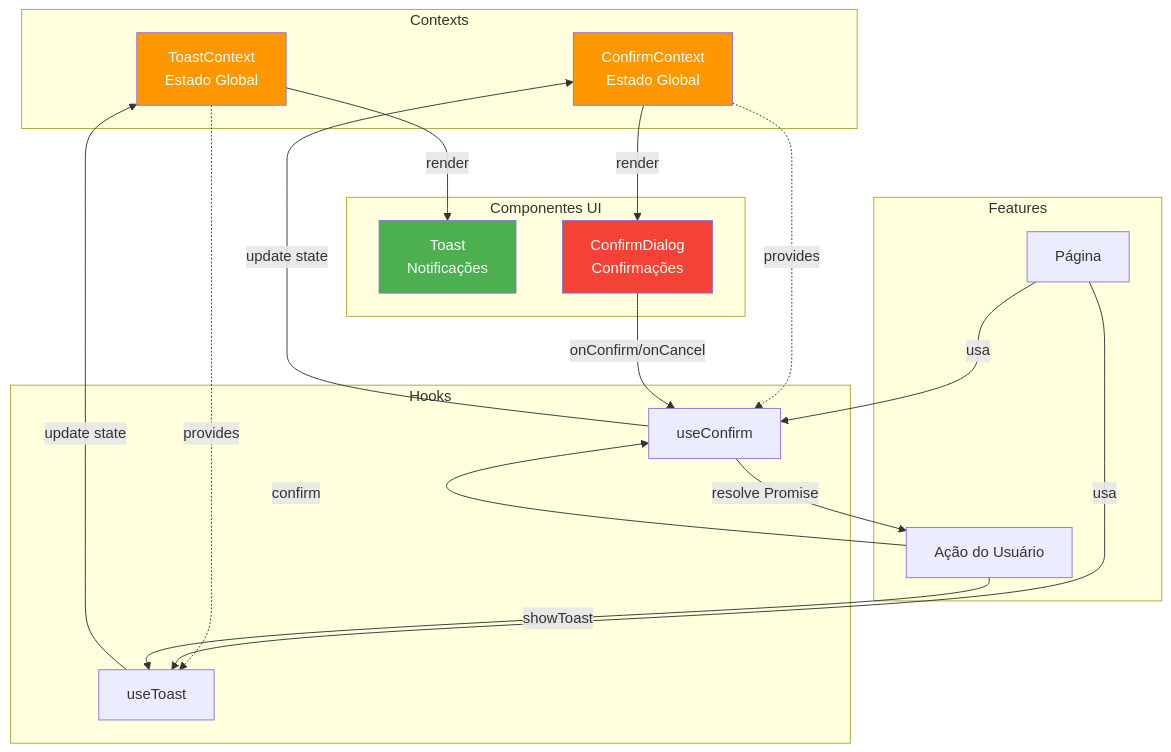
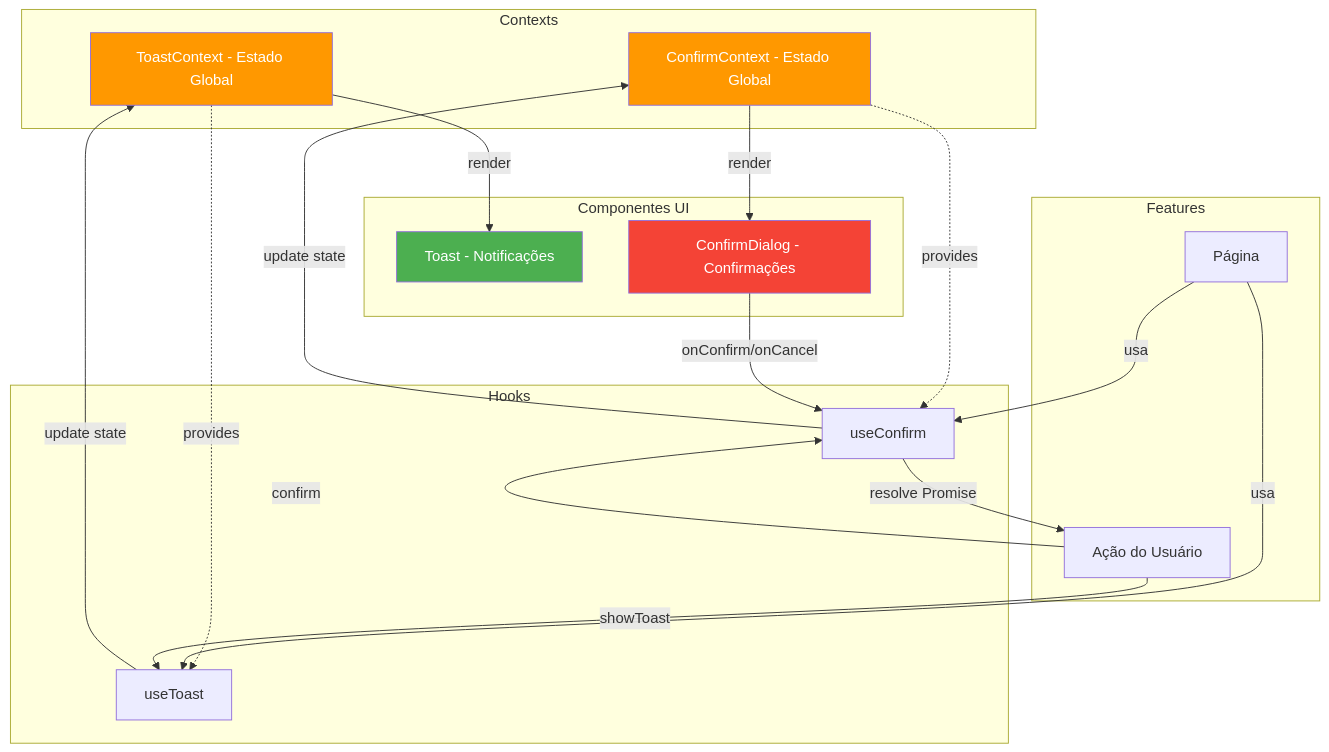
One commit to Fioravante1/brain-agriculture changed the ninth of 14 diagrams in docs/diagrams.md. Above: the diagram before and after it, drawn with Mermaid. The commit also changed other lines of this file, not shown here.

First line of the commit message:
refactor(docs): atualiza formatação de diagramas no markdown

````diff
--- a/docs/diagrams.md
+++ b/docs/diagrams.md
@@ -463,43 +450,43 @@
 ```mermaid
 graph TB
     subgraph "Contexts"
-        TC[ToastContext<br/>Estado Global]
-        CC[ConfirmContext<br/>Estado Global]
+        TC[ToastContext - Estado Global]
+        CC[ConfirmContext - Estado Global]
     end
 
     subgraph "Componentes UI"
-        TOAST[Toast<br/>Notificações]
-        CONFIRM[ConfirmDialog<br/>Confirmações]
+        TOAST[Toast - Notificações]
+        CONFIRM[ConfirmDialog - Confirmações]
     end
 
     subgraph "Hooks"
         UT[useToast]
         UC[useConfirm]
     end
 
     subgraph "Features"
         PAGE[Página]
         ACTION[Ação do Usuário]
     end
 
     TC -.provides.-> UT
     CC -.provides.-> UC
 
     PAGE -->|usa| UT
     PAGE -->|usa| UC
 
     ACTION -->|showToast| UT
     UT -->|update state| TC
     TC -->|render| TOAST
 
     ACTION -->|confirm| UC
     UC -->|update state| CC
     CC -->|render| CONFIRM
     CONFIRM -->|onConfirm/onCancel| UC
     UC -->|resolve Promise| ACTION
 
     style TC fill:#ff9800,color:#fff
     style CC fill:#ff9800,color:#fff
     style TOAST fill:#4caf50,color:#fff
     style CONFIRM fill:#f44336,color:#fff
 ```
````
